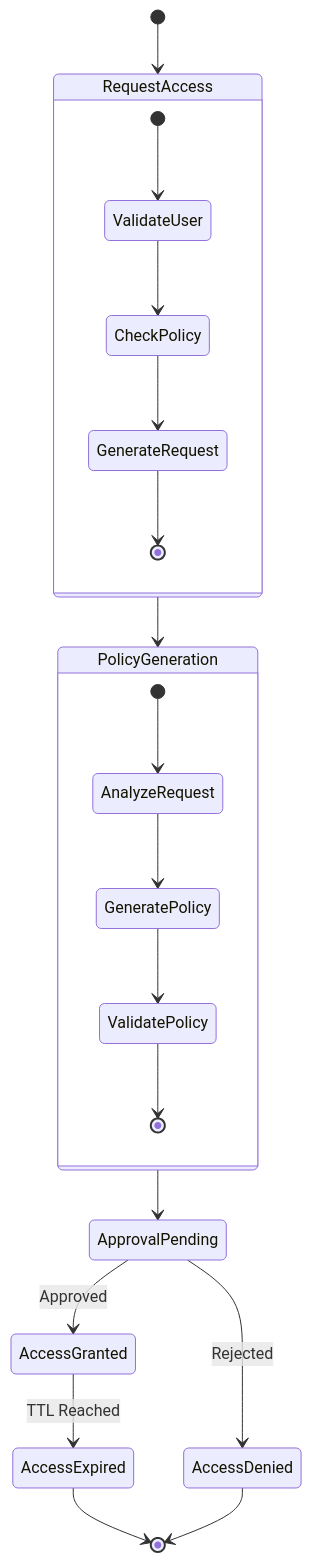
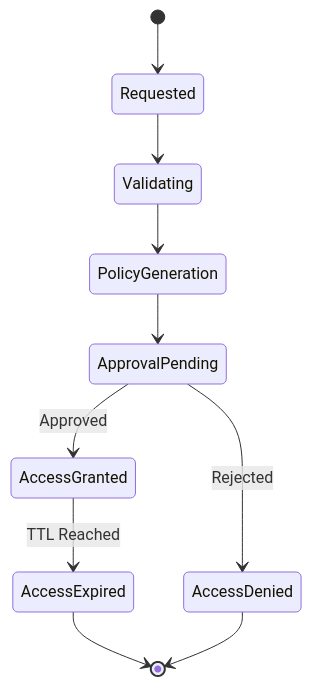
The fourth of 5 diagrams in jit-permissions-guardians/terraform/README.md (kubiyabot/terraform-modules), drawn with Mermaid before and after one commit. The commit also changed other lines of this file, not shown here.

````diff
--- a/jit-permissions-guardians/terraform/README.md
+++ b/jit-permissions-guardians/terraform/README.md
@@ -125,25 +89,12 @@
 ```mermaid
 stateDiagram-v2
-    [*] --> RequestAccess
-    RequestAccess --> PolicyGeneration
+    [*] --> Requested
+    Requested --> Validating
+    Validating --> PolicyGeneration
     PolicyGeneration --> ApprovalPending
     ApprovalPending --> AccessGranted: Approved
     ApprovalPending --> AccessDenied: Rejected
     AccessGranted --> AccessExpired: TTL Reached
     AccessExpired --> [*]
     AccessDenied --> [*]
-
-    state RequestAccess {
-        [*] --> ValidateUser
-        ValidateUser --> CheckPolicy
-        CheckPolicy --> GenerateRequest
-        GenerateRequest --> [*]
-    }
-
-    state PolicyGeneration {
-        [*] --> AnalyzeRequest
-        AnalyzeRequest --> GeneratePolicy
-        GeneratePolicy --> ValidatePolicy
-        ValidatePolicy --> [*]
-    }
 ```
````
